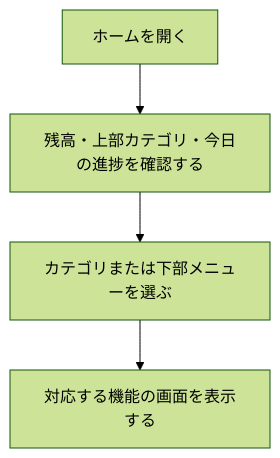
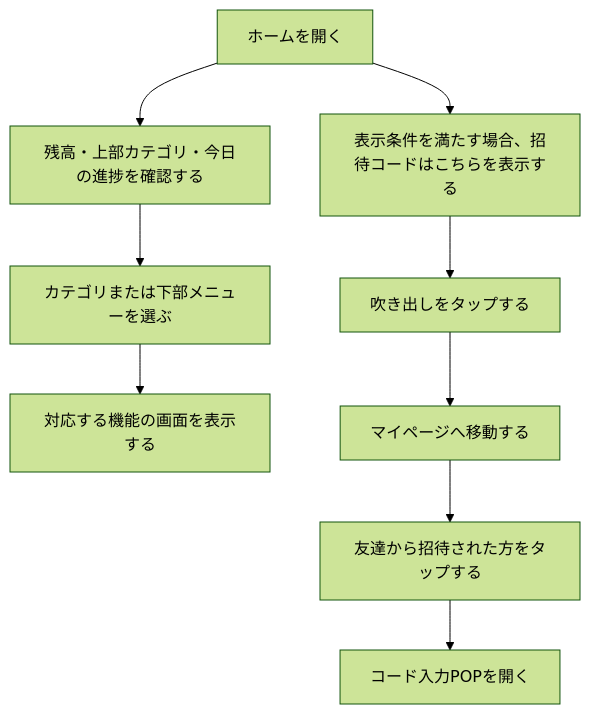
Before and after one commit to Min-Thu-Khant/pochipo-mock-en: the diagram in docs/prd/features/F02-home.md, drawn with Mermaid (forest theme). The commit also changed other lines of this file, not shown here.

Commit message:
docs(F02): define home referral callout conditions and flow

````diff
--- a/docs/prd/features/F02-home.md
+++ b/docs/prd/features/F02-home.md
@@ -99,10 +111,15 @@
 ```mermaid
 flowchart TD
   A0["ホームを開く"]
   A1["残高・上部カテゴリ・今日の進捗を確認する"]
   A2["カテゴリまたは下部メニューを選ぶ"]
   A3["対応する機能の画面を表示する"]
   A0 --> A1
   A1 --> A2
   A2 --> A3
+  A0 --> B0["表示条件を満たす場合、招待コードはこちらを表示する"]
+  B0 --> B1["吹き出しをタップする"]
+  B1 --> B2["マイページへ移動する"]
+  B2 --> B3["友達から招待された方をタップする"]
+  B3 --> B4["コード入力POPを開く"]
 ```
````
